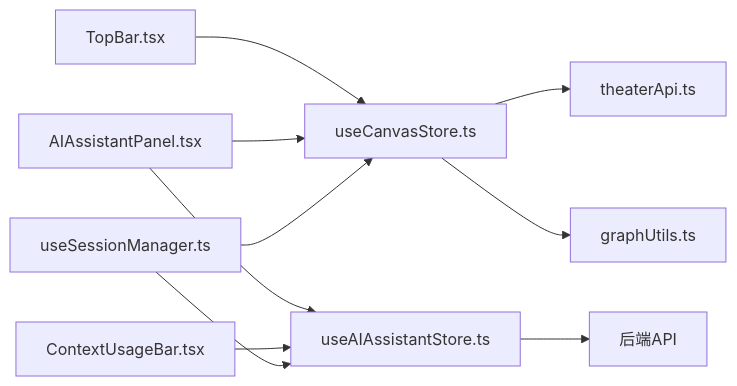
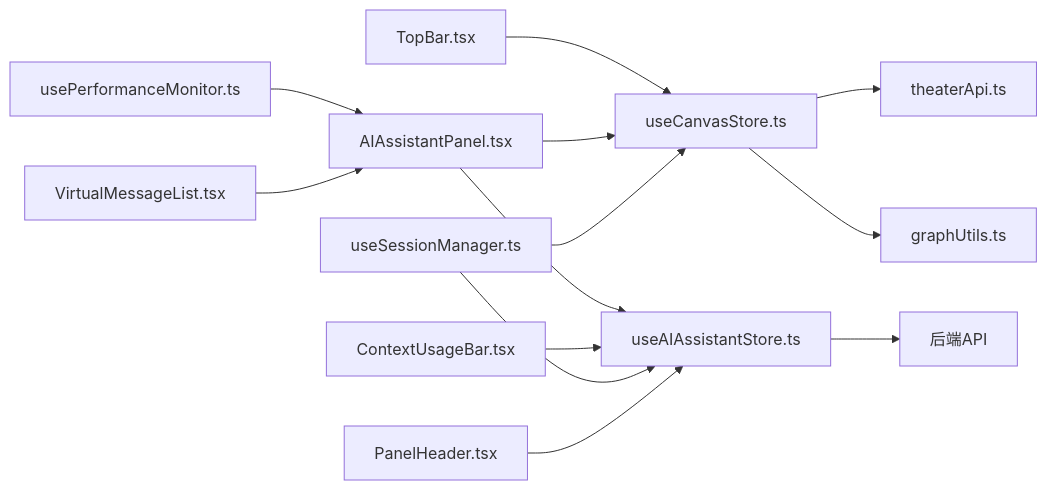
Before and after one commit to KunLabAI/KunFlix: the eighth of 8 diagrams in .qoder/repowiki/zh/content/前端应用架构/状态管理/状态管理.md, drawn with Mermaid. The commit also changed other lines of this file and 8 other files, not shown here.

````diff
--- a/.qoder/repowiki/zh/content/前端应用架构/状态管理/状态管理.md
+++ b/.qoder/repowiki/zh/content/前端应用架构/状态管理/状态管理.md
@@ -348,12 +422,15 @@
 ```mermaid
 graph LR
 TB["TopBar.tsx"] --> CS["useCanvasStore.ts"]
 AIP["AIAssistantPanel.tsx"] --> CS
 AIP --> AIS["useAIAssistantStore.ts"]
 CUB["ContextUsageBar.tsx"] --> AIS
 USM["useSessionManager.ts"] --> AIS
 USM --> CS
+UPM["usePerformanceMonitor.ts"] --> AIP
+VML["VirtualMessageList.tsx"] --> AIP
+PH["PanelHeader.tsx"] --> AIS
 CS --> TA["theaterApi.ts"]
 CS --> GU["graphUtils.ts"]
 AIS --> API["后端API"]
 ```
````
